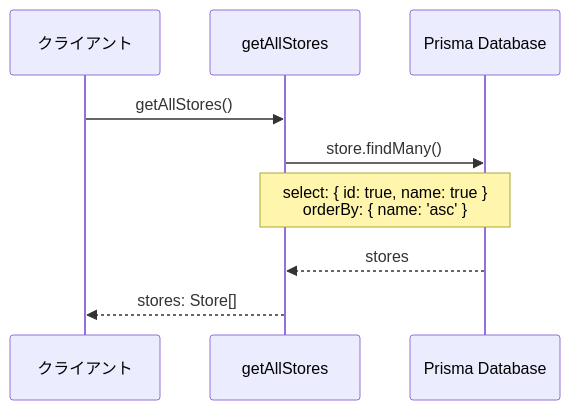
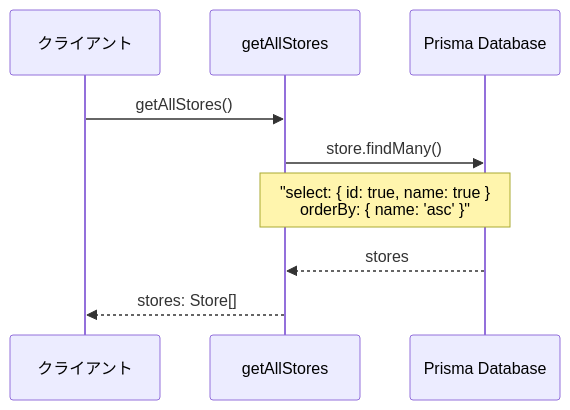
The first of 8 diagrams in document/actions/sequence/store.md (wasabi49/ocs-systemDevelopmentExercises), drawn with Mermaid before and after one commit. The commit also changed other lines of this file and 42 other files, not shown here.

First line of the commit message:
fix: mermaidシーケンス図のNote over文でダブルクォーテーション不足を修正

````diff
--- a/document/actions/sequence/store.md
+++ b/document/actions/sequence/store.md
@@ -8,12 +8,12 @@
 ```mermaid
 sequenceDiagram
     participant Client as クライアント
     participant Action as getAllStores
     participant DB as Prisma Database
 
     Client->>Action: getAllStores()
     Action->>DB: store.findMany()
-    Note over Action,DB: select: { id: true, name: true }<br/>orderBy: { name: 'asc' }
+    Note over Action,DB: "select: { id: true, name: true }<br/>orderBy: { name: 'asc' }"
     DB-->>Action: stores
     Action-->>Client: stores: Store[]
 ```
````
